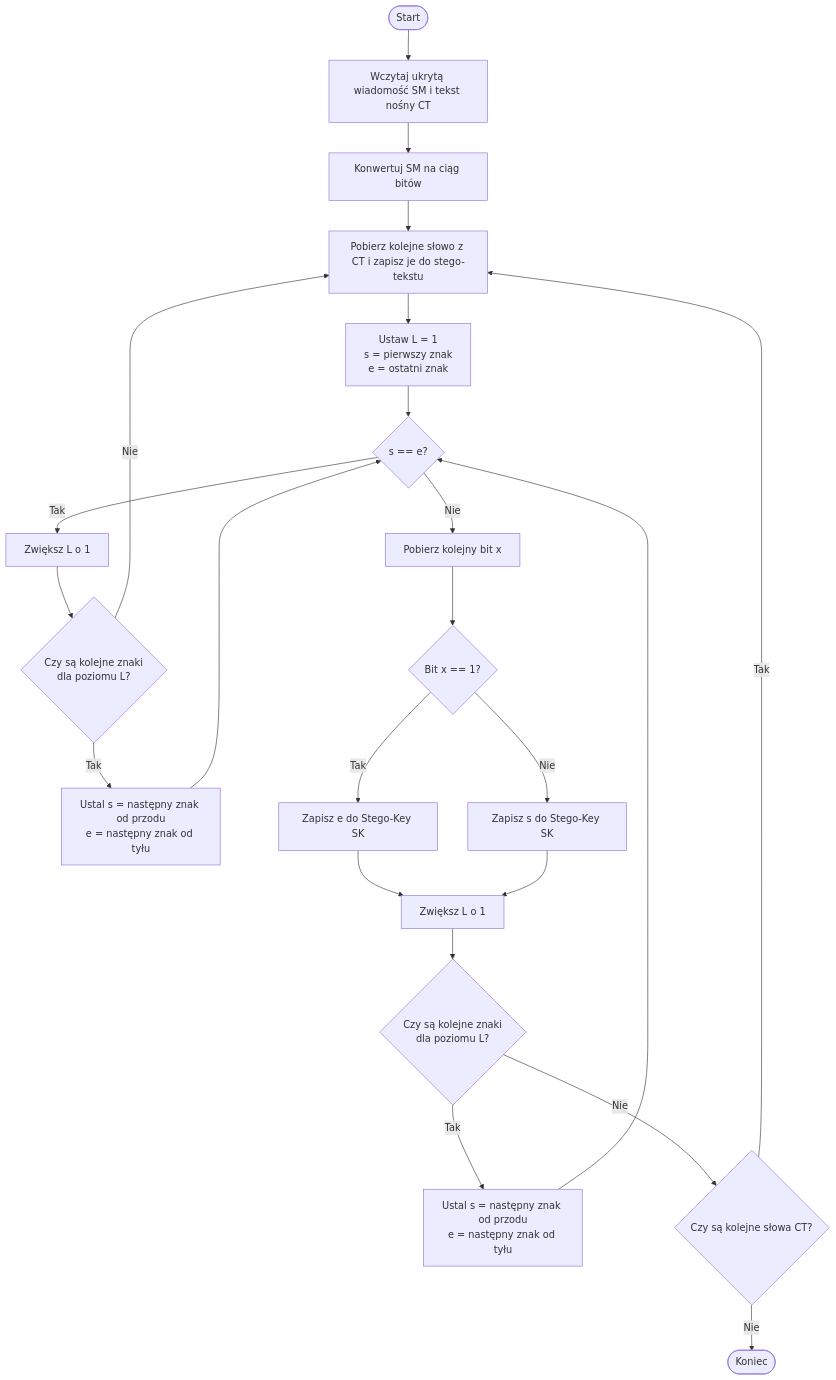
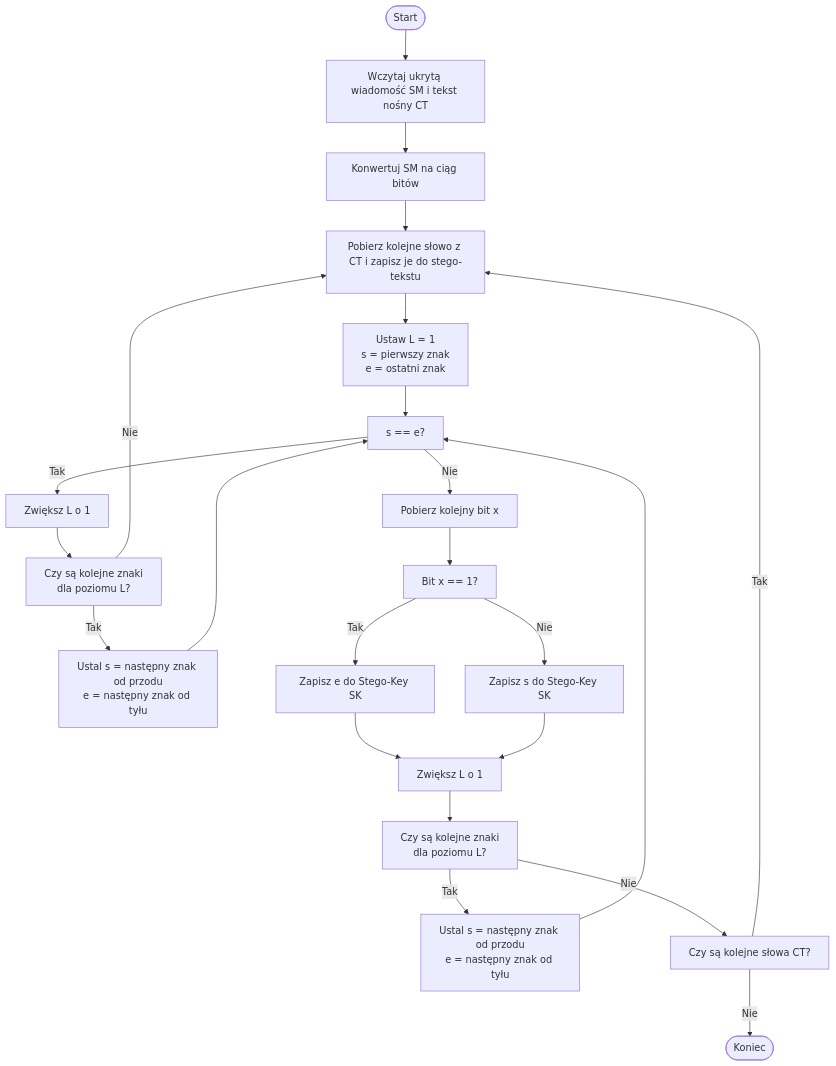
Before and after one commit to jSkwarczek/Steganografia: the first of 12 diagrams in docs/index.md, drawn with Mermaid. The commit also changed other lines of this file and 6 other files, not shown here.

Commit message:
Added all flow charts

````diff
--- a/docs/index.md
+++ b/docs/index.md
@@ -9,32 +10,32 @@
 ```mermaid
 flowchart TD
 
 A0([Start]) --> A1[Wczytaj ukrytą wiadomość SM i tekst nośny CT]
 A1 --> A2[Konwertuj SM na ciąg bitów]
 A2 --> A3[Pobierz kolejne słowo z CT i zapisz je do stego-tekstu]
 A3 --> A4[Ustaw L = 1<br/>s = pierwszy znak<br/>e = ostatni znak]
-A4 --> A5{s == e?}
+A4 --> A5[s == e?]
 
 A5 -- Tak --> A6[Zwiększ L o 1]
-A6 --> A7{Czy są kolejne znaki<br/>dla poziomu L?}
+A6 --> A7[Czy są kolejne znaki<br/>dla poziomu L?]
 A7 -- Tak --> A8[Ustal s = następny znak od przodu<br/>e = następny znak od tyłu]
 A8 --> A5
 
 A7 -- Nie --> A3
 
 A5 -- Nie --> A9[Pobierz kolejny bit x]
-A9 --> A10{Bit x == 1?}
+A9 --> A10[Bit x == 1?]
 A10 -- Tak --> A11[Zapisz e do Stego-Key SK]
 A10 -- Nie --> A12[Zapisz s do Stego-Key SK]
 
 A11 --> A13[Zwiększ L o 1]
 A12 --> A13
 
-A13 --> A14{Czy są kolejne znaki<br/>dla poziomu L?}
+A13 --> A14[Czy są kolejne znaki<br/>dla poziomu L?]
 A14 -- Tak --> A15[Ustal s = następny znak od przodu<br/>e = następny znak od tyłu]
 A15 --> A5
 
-A14 -- Nie --> A16{Czy są kolejne słowa CT?}
+A14 -- Nie --> A16[Czy są kolejne słowa CT?]
 A16 -- Tak --> A3
 A16 -- Nie --> A17([Koniec])
 ```
````
